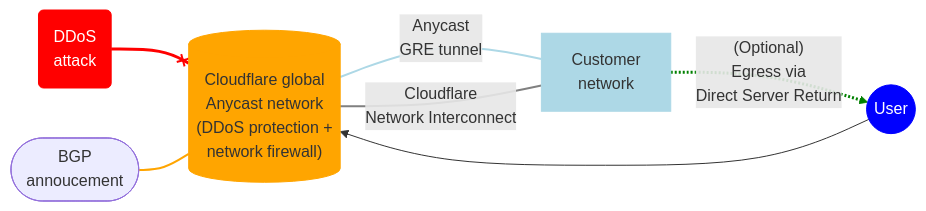
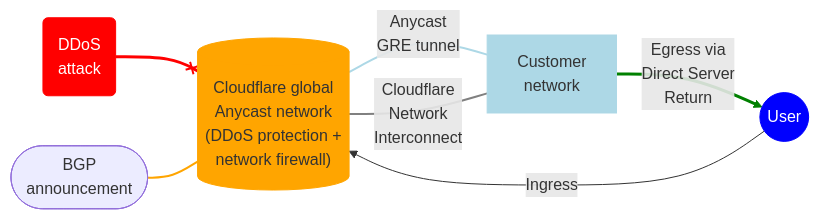
Before and after one commit to rdhanarot/cloudflare-docs: the diagram in content/magic-transit/about.md, drawn with Mermaid. The commit also changed other lines of this file, not shown here.

Commit message:
[MT] Corrected graphic and text (#8456)
* refined text

* corrected announcement

````diff
--- a/content/magic-transit/about.md
+++ b/content/magic-transit/about.md
@@ -21,28 +21,28 @@
 ```mermaid
 flowchart LR
 accTitle: Magic Transit
 accDescr: Diagram showing how Magic Transit protects traffic on the customer's network.
 
 A(DDoS <br> attack)
 B[("Cloudflare global <br> Anycast network <br> (DDoS protection + <br> network firewall)")]
 C[Customer <br> network]
 D((User))
-E([BGP <br> annoucement])
+E([BGP <br> announcement])
 
 A --x B
 E --- B
 B-- Anycast <br> GRE tunnel ---C
-B-- Cloudflare <br> Network Interconnect ---C
-C-. "(Optional) <br> Egress via <br> Direct Server Return" .-> D
-D --> B
+B-- Cloudflare <br> Network <br> Interconnect ---C
+C-- Egress via <br> Direct Server <br> Return --> D
+D -- Ingress --> B
 
 style A stroke: red,fill: red,color: white
 style B stroke: orange,fill: orange
 style C stroke: #ADD8E6,fill: #ADD8E6
 style D stroke: blue,fill: blue,color: white
 linkStyle 0 stroke-width:3px,stroke:red
 linkStyle 1 stroke-width:2px,stroke:orange
 linkStyle 2 stroke-width:2px,stroke:#ADD8E6
 linkStyle 3 stroke-width:2px,stroke:gray
 linkStyle 4 stroke-width:3px,stroke:green
 ```
````
